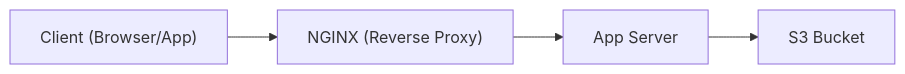
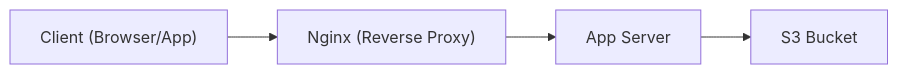
Before and after one commit to jonathas/jonathas.github.io: the first of 3 diagrams in _posts/2025-07-12-optimizing-file-upload-with-aws-s3-presigned-post.md, drawn with Mermaid. The commit also changed other lines of this file, not shown here.

Commit message:
fix: capitalization

```diff
--- a/_posts/2025-07-12-optimizing-file-upload-with-aws-s3-presigned-post.md
+++ b/_posts/2025-07-12-optimizing-file-upload-with-aws-s3-presigned-post.md
@@ -39,11 +39,11 @@
 <div class="mermaid">
 flowchart LR
   Client["Client (Browser/App)"]
-  NGINX["NGINX (Reverse Proxy)"]
+  Nginx["Nginx (Reverse Proxy)"]
   App["App Server"]
   S3["S3 Bucket"]
 
-  Client --> NGINX
-  NGINX --> App
+  Client --> Nginx
+  Nginx --> App
   App --> S3
 </div>
```
